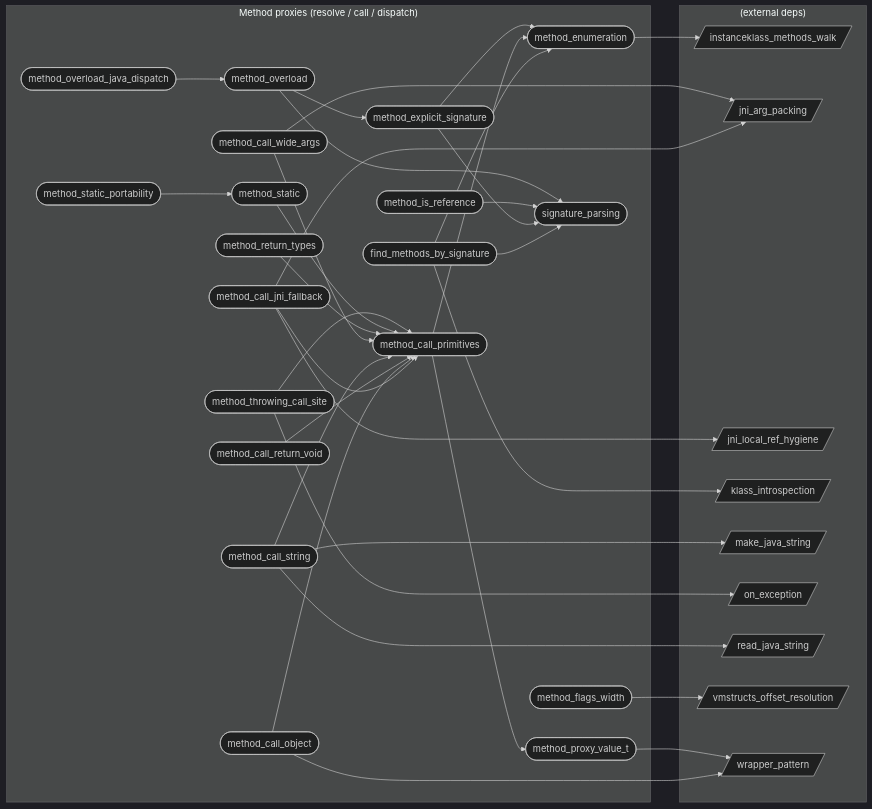
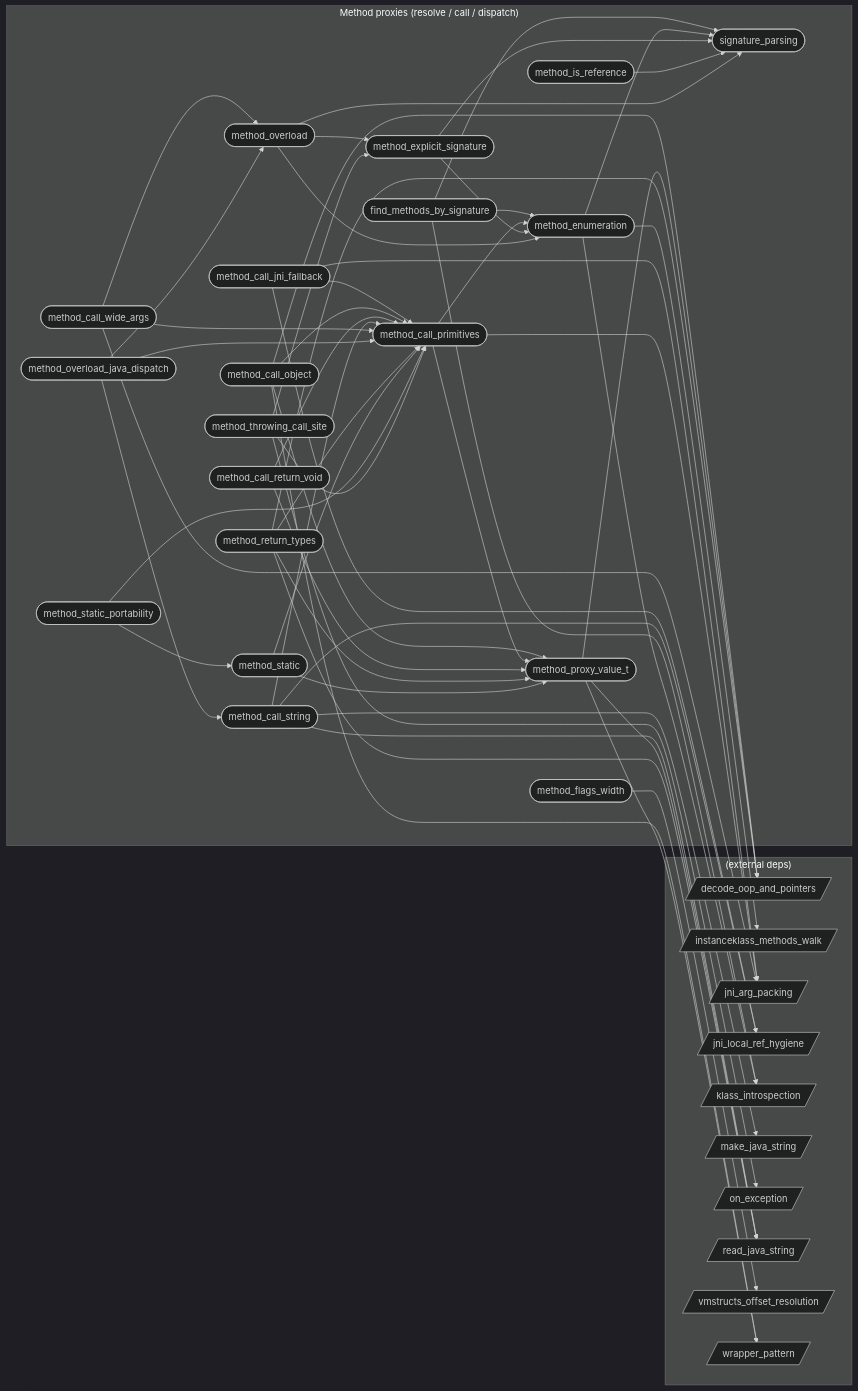
One commit to xxxnpno/VMHook changed the diagram in audit/graph/categories/method.md. Above: the diagram before and after it, drawn with Mermaid (dark theme). The commit also changed other lines of this file and 169 other files, not shown here.

````diff
--- a/audit/graph/categories/method.md
+++ b/audit/graph/categories/method.md
@@ -57,6 +57,7 @@
     signature_parsing([signature_parsing])
   end
   subgraph external["(external deps)"]
+    decode_oop_and_pointers[/decode_oop_and_pointers/]
     instanceklass_methods_walk[/instanceklass_methods_walk/]
     jni_arg_packing[/jni_arg_packing/]
     jni_local_ref_hygiene[/jni_local_ref_hygiene/]
@@ -74,27 +75,46 @@
   method_call_jni_fallback --> jni_arg_packing
   method_call_jni_fallback --> jni_local_ref_hygiene
   method_call_object --> method_call_primitives
+  method_call_object --> method_proxy_value_t
   method_call_object --> wrapper_pattern
+  method_call_object --> decode_oop_and_pointers
   method_call_primitives --> method_proxy_value_t
   method_call_primitives --> method_enumeration
+  method_call_primitives --> jni_arg_packing
   method_call_return_void --> method_call_primitives
+  method_call_return_void --> method_proxy_value_t
   method_call_string --> method_call_primitives
   method_call_string --> make_java_string
   method_call_string --> read_java_string
+  method_call_string --> jni_local_ref_hygiene
   method_call_wide_args --> method_call_primitives
   method_call_wide_args --> jni_arg_packing
+  method_call_wide_args --> method_overload
   method_enumeration --> instanceklass_methods_walk
+  method_enumeration --> klass_introspection
+  method_enumeration --> signature_parsing
   method_explicit_signature --> signature_parsing
   method_explicit_signature --> method_enumeration
   method_flags_width --> vmstructs_offset_resolution
   method_is_reference --> signature_parsing
   method_overload --> signature_parsing
   method_overload --> method_explicit_signature
+  method_overload --> method_enumeration
   method_overload_java_dispatch --> method_overload
+  method_overload_java_dispatch --> method_call_primitives
+  method_overload_java_dispatch --> method_call_string
   method_proxy_value_t --> wrapper_pattern
+  method_proxy_value_t --> decode_oop_and_pointers
+  method_proxy_value_t --> read_java_string
   method_return_types --> method_call_primitives
+  method_return_types --> method_proxy_value_t
+  method_return_types --> read_java_string
+  method_return_types --> decode_oop_and_pointers
   method_static --> method_call_primitives
+  method_static --> method_proxy_value_t
   method_static_portability --> method_static
+  method_static_portability --> method_call_primitives
   method_throwing_call_site --> method_call_primitives
   method_throwing_call_site --> on_exception
+  method_throwing_call_site --> method_explicit_signature
 ```
````
